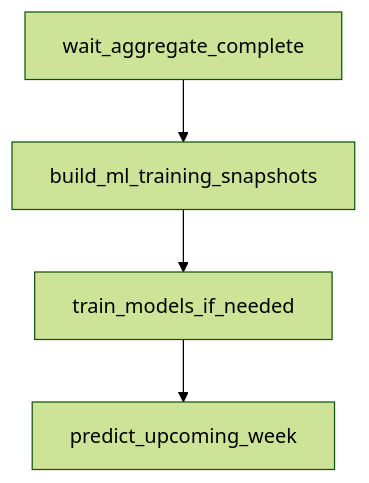
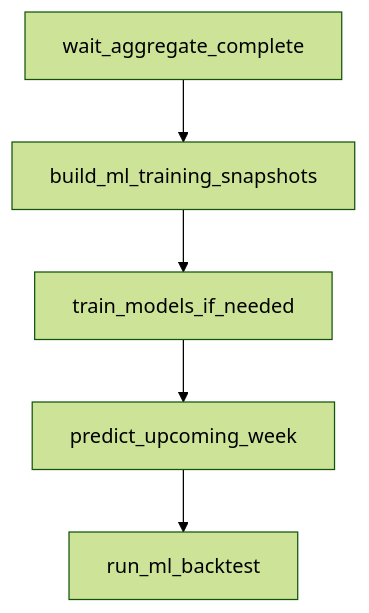
Before and after one commit to giraffalope/fantasy-sports-airflow: the first of 2 diagrams in docs/nascar/cup.machine_learning.md, drawn with Mermaid (forest theme). The commit also changed other lines of this file and 33 other files, not shown here.

````diff
--- a/docs/nascar/cup.machine_learning.md
+++ b/docs/nascar/cup.machine_learning.md
@@ -72,6 +76,7 @@
 ```mermaid
 flowchart TB
   wait_aggregate_complete --> build_ml_training_snapshots
   build_ml_training_snapshots --> train_models_if_needed
   train_models_if_needed --> predict_upcoming_week
+  predict_upcoming_week --> run_ml_backtest
 ```
````
